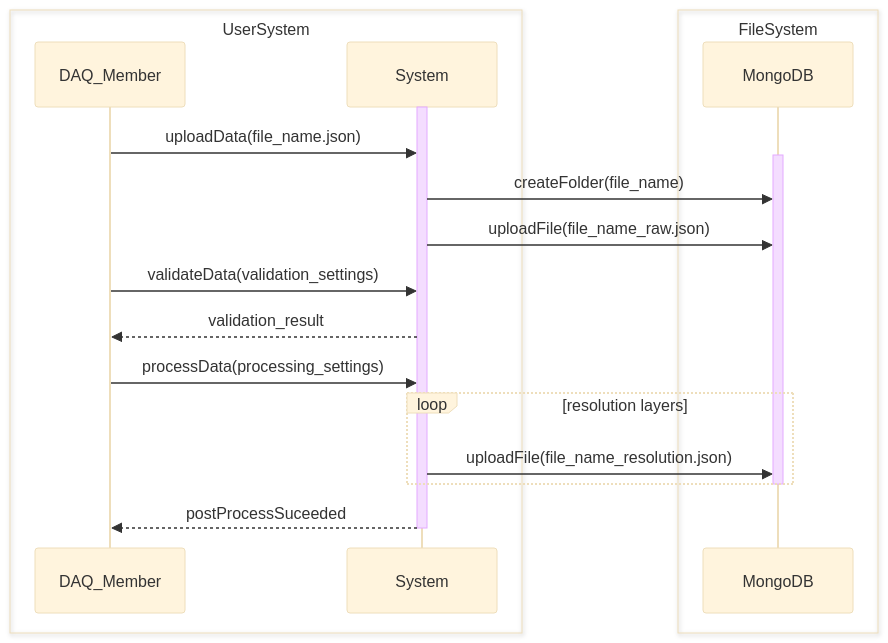
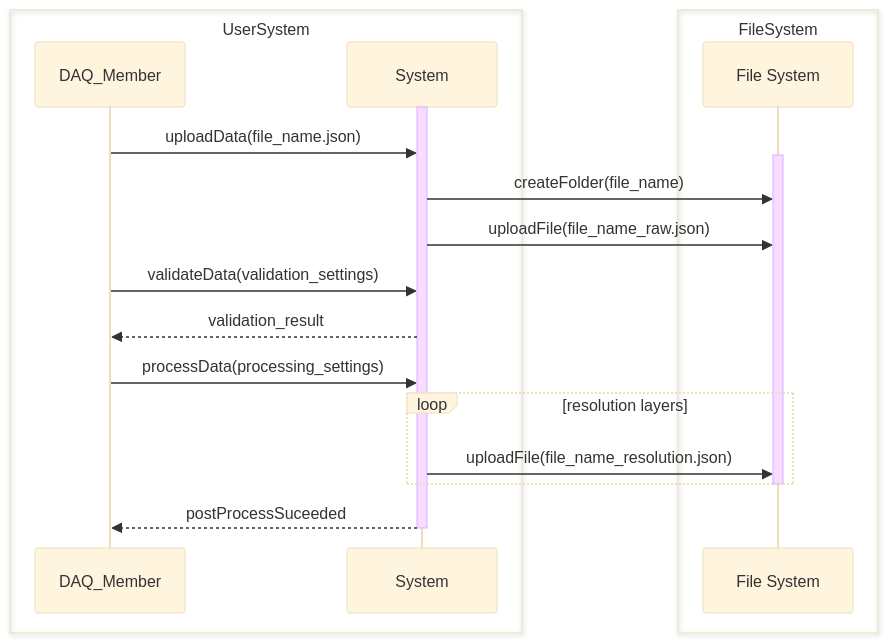
Before and after one commit to Georgia-Tech-Off-Road/DAQAnalyticsWebsiteMK2: the diagram in Design Documents/diagrams/upload_data.mmd, drawn with Mermaid (base theme). The commit also changed 5 other files, not shown here.

```diff
--- a/Design Documents/diagrams/upload_data.mmd
+++ b/Design Documents/diagrams/upload_data.mmd
@@ -1,24 +1,24 @@
 sequenceDiagram
     box UserSystem
         participant U as DAQ_Member
         participant S as System
     end
 
     box FileSystem
-        participant FS as MongoDB
+        participant FS as File System
     end
 
 activate S
 U->>S: uploadData(file_name.json)
 activate FS
 S->>FS: createFolder(file_name)
 S->>FS: uploadFile(file_name_raw.json)
 U->>S: validateData(validation_settings)
 S-->>U: validation_result
 U->>S: processData(processing_settings)
 loop resolution layers
     S->>FS: uploadFile(file_name_resolution.json)
 end
 deactivate FS
 S-->>U: postProcessSuceeded
 deactivate S
```
